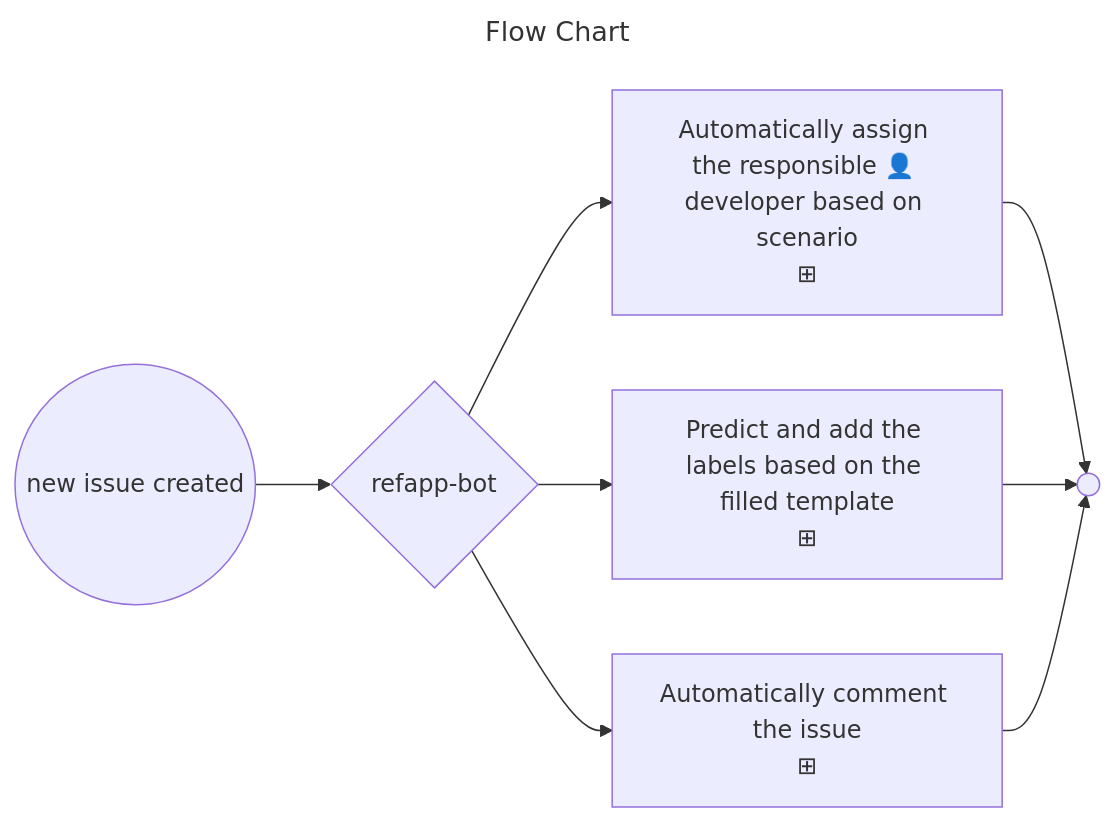
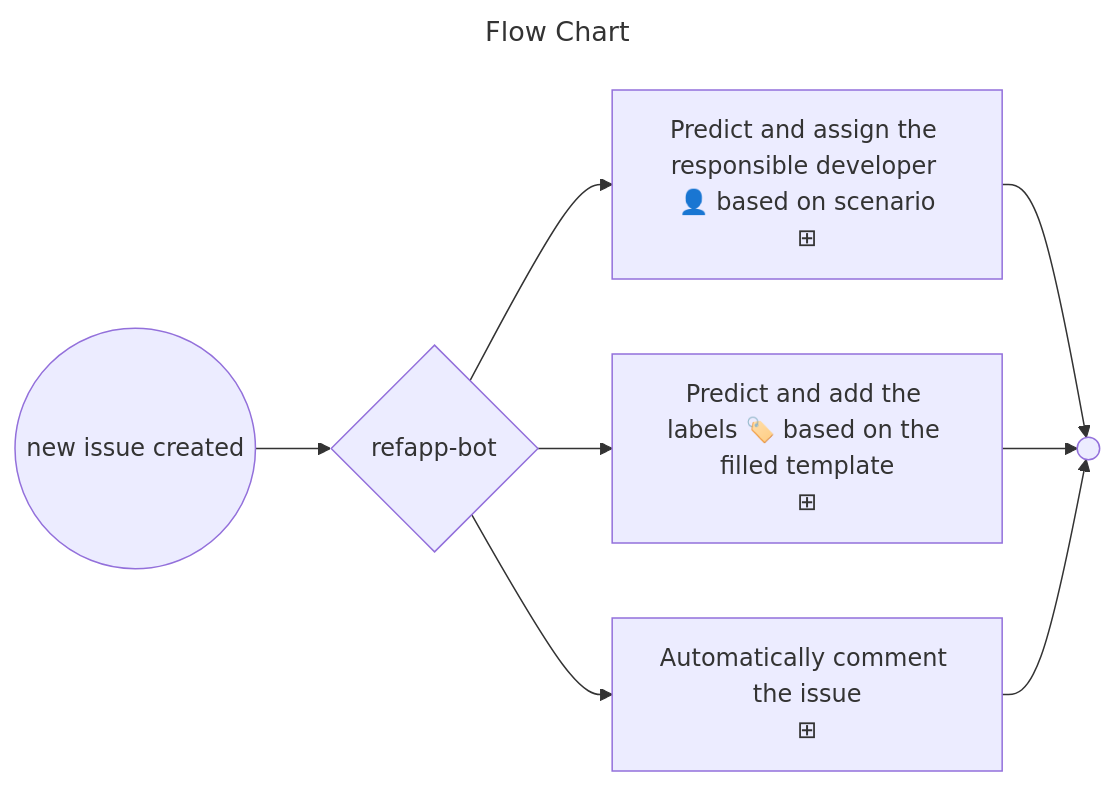
Before and after one commit to ejazsyed/validation-issue: the diagram in README.md, drawn with Mermaid.

Commit message:
issu-bot

````diff
--- a/README.md
+++ b/README.md
@@ -6,13 +6,13 @@
 ```mermaid
 ---
 title: Flow Chart
 ---
 flowchart LR
     start((new issue created)) --> p1{refapp-bot}
-    p1 --> assignee["Automatically assign the responsible 👤 developer based on scenario\n⊞"]
-    p1 --> label["Predict and add the labels based on the filled template\n⊞"]
+    p1 --> assignee["Predict and assign the responsible developer 👤 based on scenario\n⊞"]
+    p1 --> label["Predict and add the labels 🏷️ based on the filled template\n⊞"]
     p1 --> comment["Automatically comment the issue\n⊞"]
     assignee --> e1(( ))
     label --> e1
     comment --> e1
 ```
````
